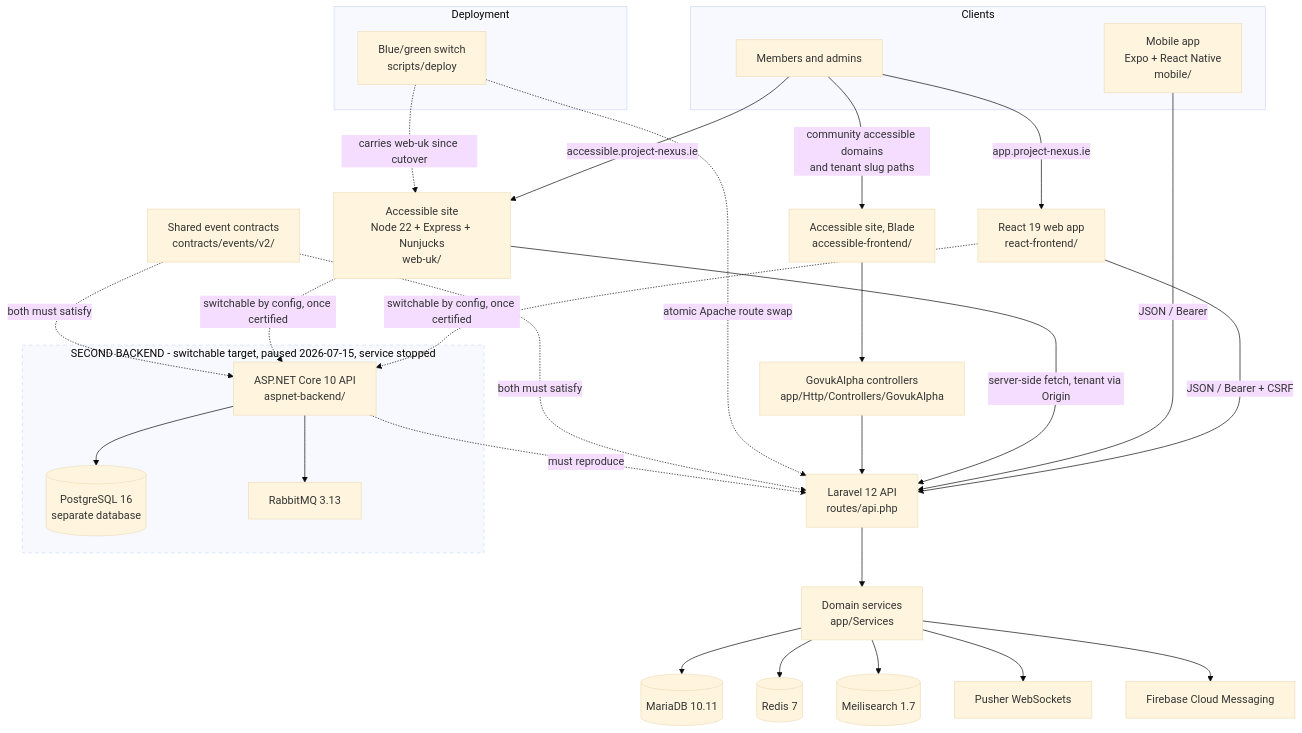
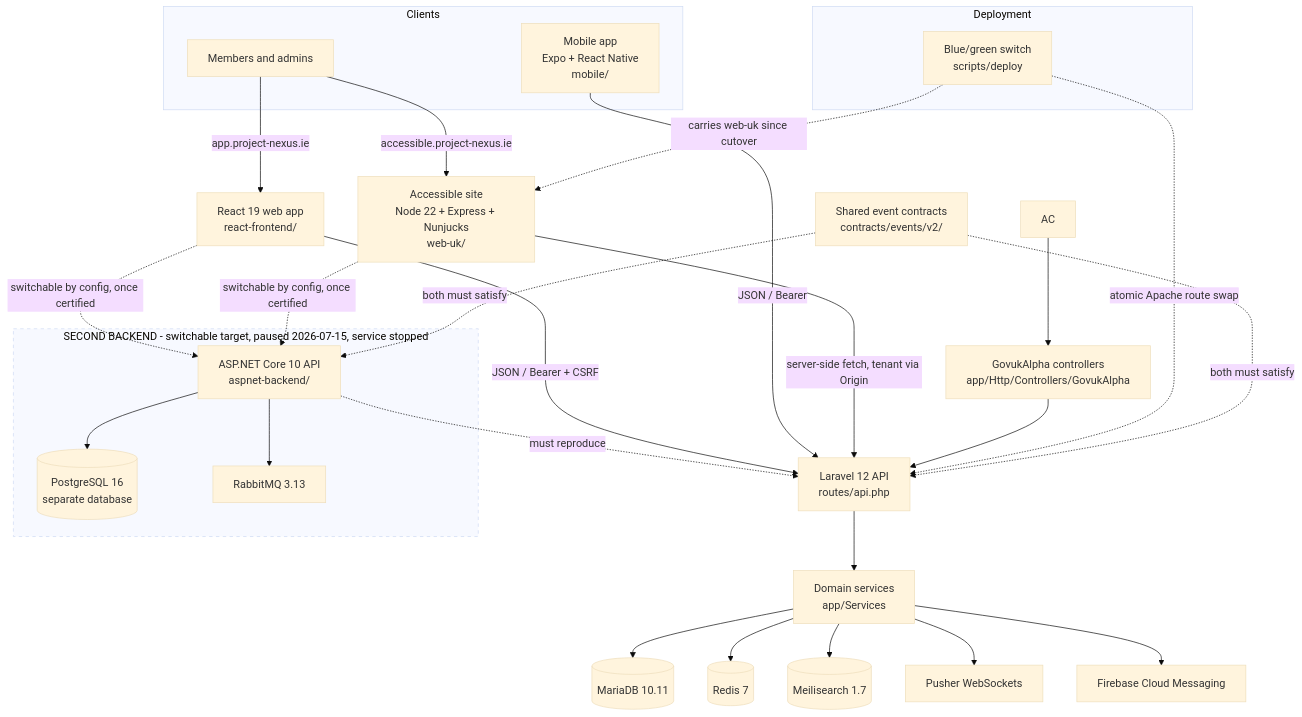
Before and after one commit to jasperfordesq-ai/Project-NEXUS: the diagram in README.md, drawn with Mermaid (base theme). The commit also changed other lines of this file and 49 other files, not shown here.

First line of the commit message:
fix!: complete the Blade accessible frontend removal, which was broken

````diff
--- a/README.md
+++ b/README.md
@@ -208,46 +207,45 @@
 ```mermaid
 flowchart TD
     subgraph Clients
         U[Members and admins]
         M[Mobile app<br/>Expo + React Native<br/>mobile/]
     end
 
     U -->|app.project-nexus.ie| RC[React 19 web app<br/>react-frontend/]
     U -->|accessible.project-nexus.ie| WU[Accessible site<br/>Node 22 + Express + Nunjucks<br/>web-uk/]
-    U -->|community accessible domains<br/>and tenant slug paths| AC[Accessible site, Blade<br/>accessible-frontend/]
 
     RC -->|JSON / Bearer + CSRF| API[Laravel 12 API<br/>routes/api.php]
     M -->|JSON / Bearer| API
     WU -->|server-side fetch, tenant via Origin| API
     AC --> GC[GovukAlpha controllers<br/>app/Http/Controllers/GovukAlpha]
     GC --> API
 
     API --> SVC[Domain services<br/>app/Services]
     SVC --> DB[(MariaDB 10.11)]
     SVC --> RED[(Redis 7)]
     SVC --> MEI[(Meilisearch 1.7)]
     SVC --> PUSH[Pusher WebSockets]
     SVC --> FCM[Firebase Cloud Messaging]
 
     subgraph Deployment
         BG[Blue/green switch<br/>scripts/deploy]
     end
     BG -. atomic Apache route swap .-> API
     BG -. carries web-uk since cutover .-> WU
 
     subgraph SEC ["SECOND BACKEND - switchable target, paused 2026-07-15, service stopped"]
         ASP[ASP.NET Core 10 API<br/>aspnet-backend/]
         PG[(PostgreSQL 16<br/>separate database)]
         MQ[RabbitMQ 3.13]
         ASP --> PG
         ASP --> MQ
     end
 
     ASP -. must reproduce .-> API
     RC -. switchable by config, once certified .-> ASP
     WU -. switchable by config, once certified .-> ASP
     CON[Shared event contracts<br/>contracts/events/v2/] -. both must satisfy .-> API
     CON -. both must satisfy .-> ASP
 
     style SEC stroke-dasharray: 5 5
 ```
````
